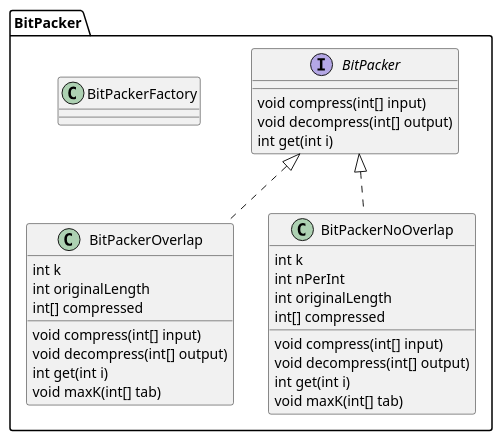
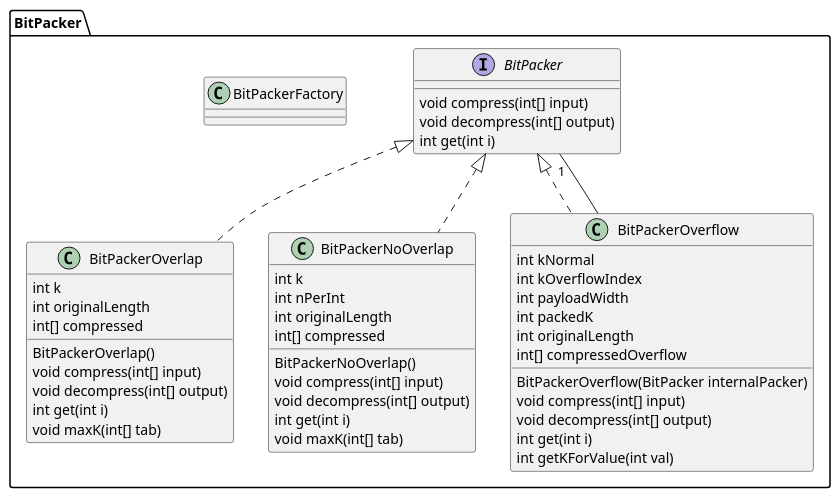
One commit to Sofiane949/BitPacking_Software_Engineering changed the diagram in diagramme_de_classe.plantuml. Above: the diagram before and after it, drawn with PlantUML. The commit also changed 4 other files, not shown here.

Commit message:
implémentation classe Overflow + Test + maj diagramme de classe

```diff
--- a/diagramme_de_classe.plantuml
+++ b/diagramme_de_classe.plantuml
@@ -1,34 +1,53 @@
 @startuml
 package BitPacker {
 
 interface BitPacker {
     void compress(int[] input)
     void decompress(int[] output)
     int get(int i)
 }
 
 class BitPackerOverlap implements BitPacker {
     int k
     int originalLength
     int[] compressed
+    BitPackerOverlap()
     void compress(int[] input)
     void decompress(int[] output)
     int get(int i)
     void maxK(int[] tab)
 }
 
 class BitPackerNoOverlap implements BitPacker {
     int k
     int nPerInt
     int originalLength
     int[] compressed
+    BitPackerNoOverlap()
     void compress(int[] input)
     void decompress(int[] output)
     int get(int i)
     void maxK(int[] tab)
 }
 
+class BitPackerOverflow implements BitPacker {
+    int kNormal
+    int kOverflowIndex
+    int payloadWidth
+    int packedK
+    int originalLength
+    int[] compressedOverflow
+    BitPackerOverflow(BitPacker internalPacker)
+    void compress(int[] input)
+    void decompress(int[] output)
+    int get(int i)
+    int getKForValue(int val)
+}
+
 class BitPackerFactory {
 }
+
+BitPackerOverflow -- "1" BitPacker
+
 }
 @enduml
```
